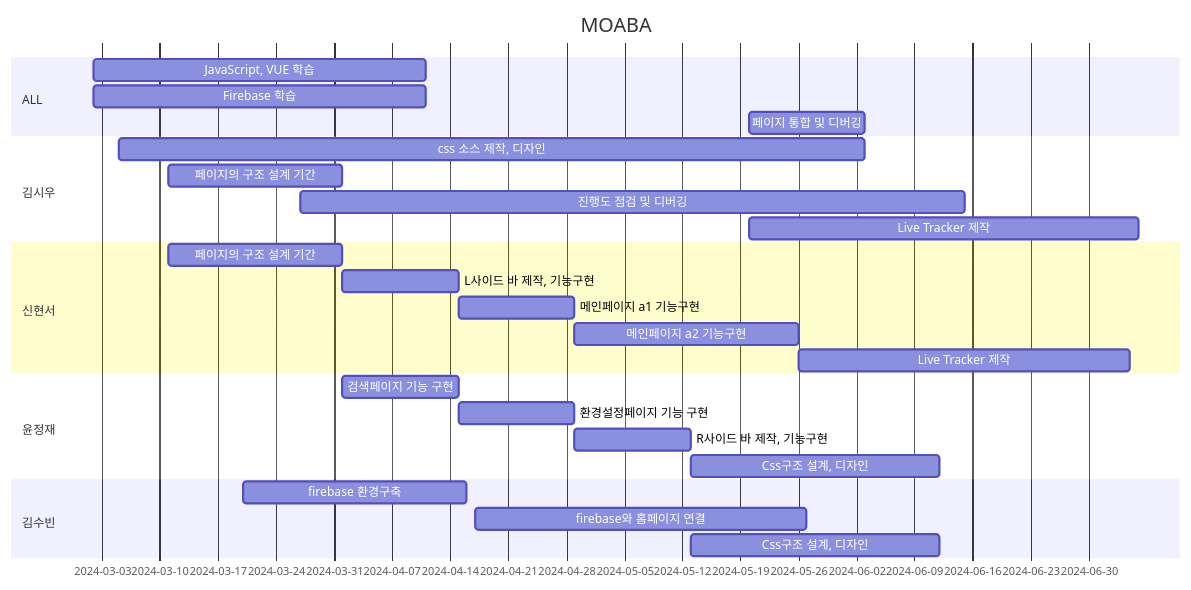
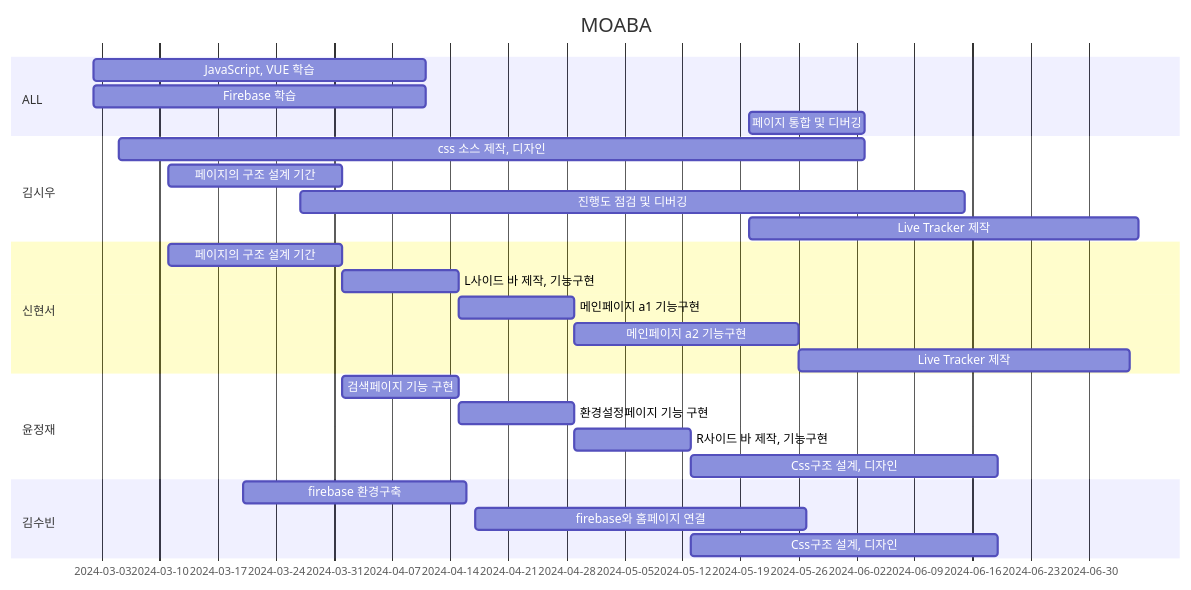
Before and after one commit to kimsiwoo12/kimsiwoo12: the diagram in README.md, drawn with Mermaid.

````diff
--- a/README.md
+++ b/README.md
@@ -8,34 +8,34 @@
 ```mermaid
 gantt
     title MOABA
     dateFormat  YYYY-MM-DD
 
     section ALL
     JavaScript, VUE 학습     :a1, 2024-03-02, 40d
     Firebase 학습            :a2, 2024-03-02, 40d
     페이지 통합 및 디버깅    :a3, 2024-05-20, 14d
 
     section 김시우
     css 소스 제작, 디자인    :a1, 2024-03-05, 90d
     페이지의 구조 설계 기간  :a2, 2024-03-11, 21d
     진행도 점검 및 디버깅    :a3, 2024-03-27, 80d
     Live Tracker 제작        :a4, 2024-05-20, 47d
 
     section 신현서
     페이지의 구조 설계 기간     :a1, 2024-03-11, 21d
     L사이드 바 제작, 기능구현   :a2, 2024-04-01, 14d
     메인페이지 a1 기능구현      :a3, 2024-04-15, 14d
     메인페이지 a2 기능구현      :a4, 2024-04-29, 27d
     Live Tracker 제작           :a5, 2024-05-26, 40d
 
     section 윤정재
     검색페이지 기능 구현          :a1, 2024-04-01, 14d
     환경설정페이지 기능 구현      :a2, 2024-04-15, 14d
     R사이드 바 제작, 기능구현     :a3, 2024-04-29, 14d
-    Css구조 설계, 디자인          :a4, 2024-05-13, 30d
+    Css구조 설계, 디자인          :a4, 2024-05-13, 37d
 
     section 김수빈
     firebase 환경구축        :a1, 2024-03-20, 27d
     firebase와 홈페이지 연결 :a2, 2024-04-17, 40d
-    Css구조 설계, 디자인     :a3, 2024-05-13, 30d
+    Css구조 설계, 디자인     :a3, 2024-05-13, 37d
 ```
````
